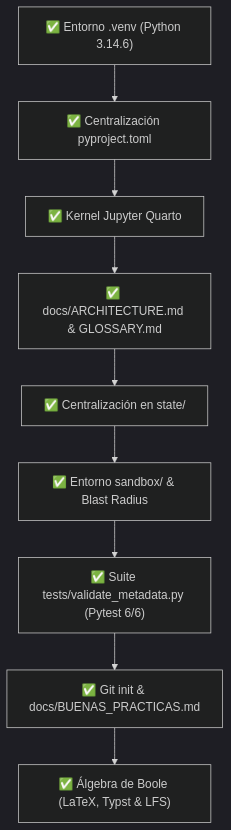
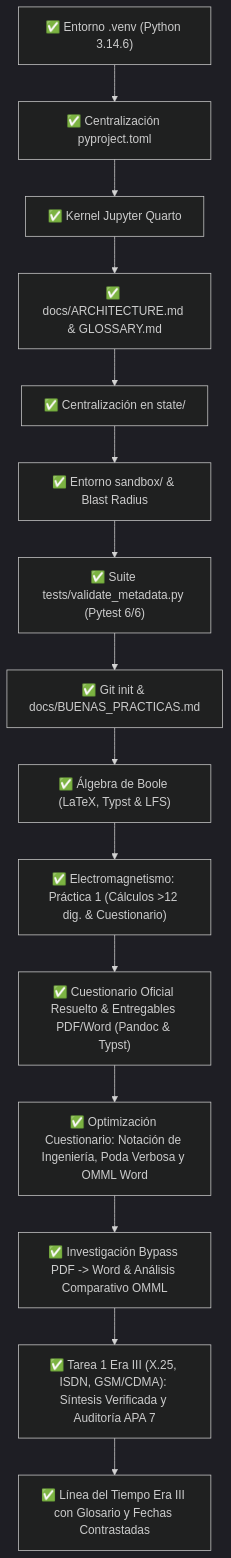
Before and after one commit to NeruDev/RECURSOS: the diagram in state/PROGRESS.md, drawn with Mermaid (dark theme). The commit also changed other lines of this file and 28 other files, not shown here.

````diff
--- a/state/PROGRESS.md
+++ b/state/PROGRESS.md
@@ -24,11 +24,18 @@
 ```mermaid
 flowchart TD
     T1["✅ Entorno .venv (Python 3.14.6)"] --> T2["✅ Centralización pyproject.toml"]
     T2 --> T3["✅ Kernel Jupyter Quarto"]
     T3 --> T4["✅ docs/ARCHITECTURE.md & GLOSSARY.md"]
     T4 --> T5["✅ Centralización en state/"]
     T5 --> T6["✅ Entorno sandbox/ & Blast Radius"]
     T6 --> T7["✅ Suite tests/validate_metadata.py (Pytest 6/6)"]
     T7 --> T8["✅ Git init & docs/BUENAS_PRACTICAS.md"]
     T8 --> T9["✅ Álgebra de Boole (LaTeX, Typst & LFS)"]
+    T9 --> T10["✅ Electromagnetismo: Práctica 1 (Cálculos >12 dig. & Cuestionario)"]
+    T10 --> T11["✅ Cuestionario Oficial Resuelto & Entregables PDF/Word (Pandoc & Typst)"]
+    T11 --> T12["✅ Optimización Cuestionario: Notación de Ingeniería, Poda Verbosa y OMML Word"]
+    T12 --> T13["✅ Alternativas a Pandoc: markdocx (OMML MML2OMML.XSL) & Quarto"]
+    T13["✅ Investigación Bypass PDF -> Word & Análisis Comparativo OMML"] --> T14
+    T14["✅ Tarea 1 Era III (X.25, ISDN, GSM/CDMA): Síntesis Verificada y Auditoría APA 7"] --> T15
+    T15["✅ Línea del Tiempo Era III con Glosario y Fechas Contrastadas"]
 ```
````
